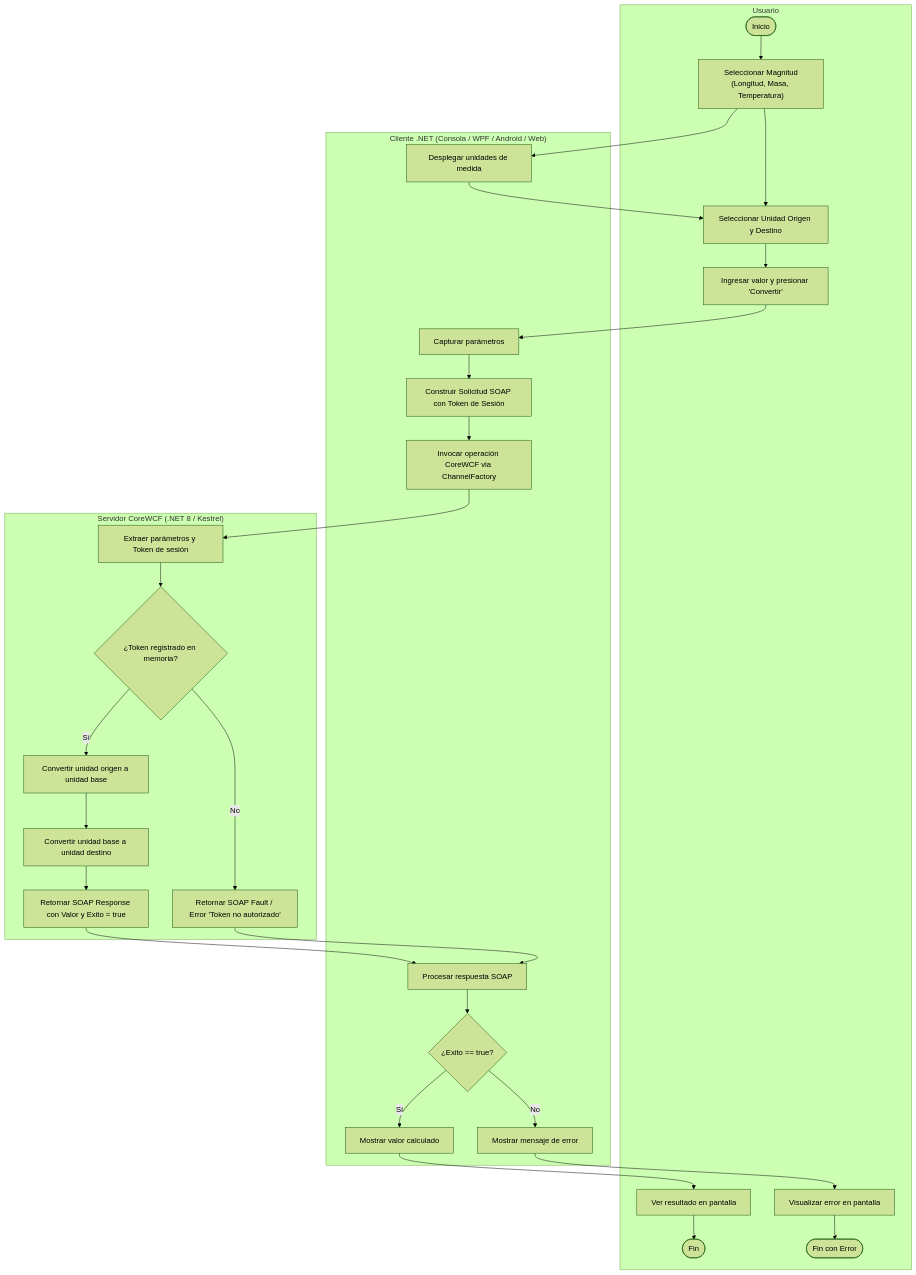
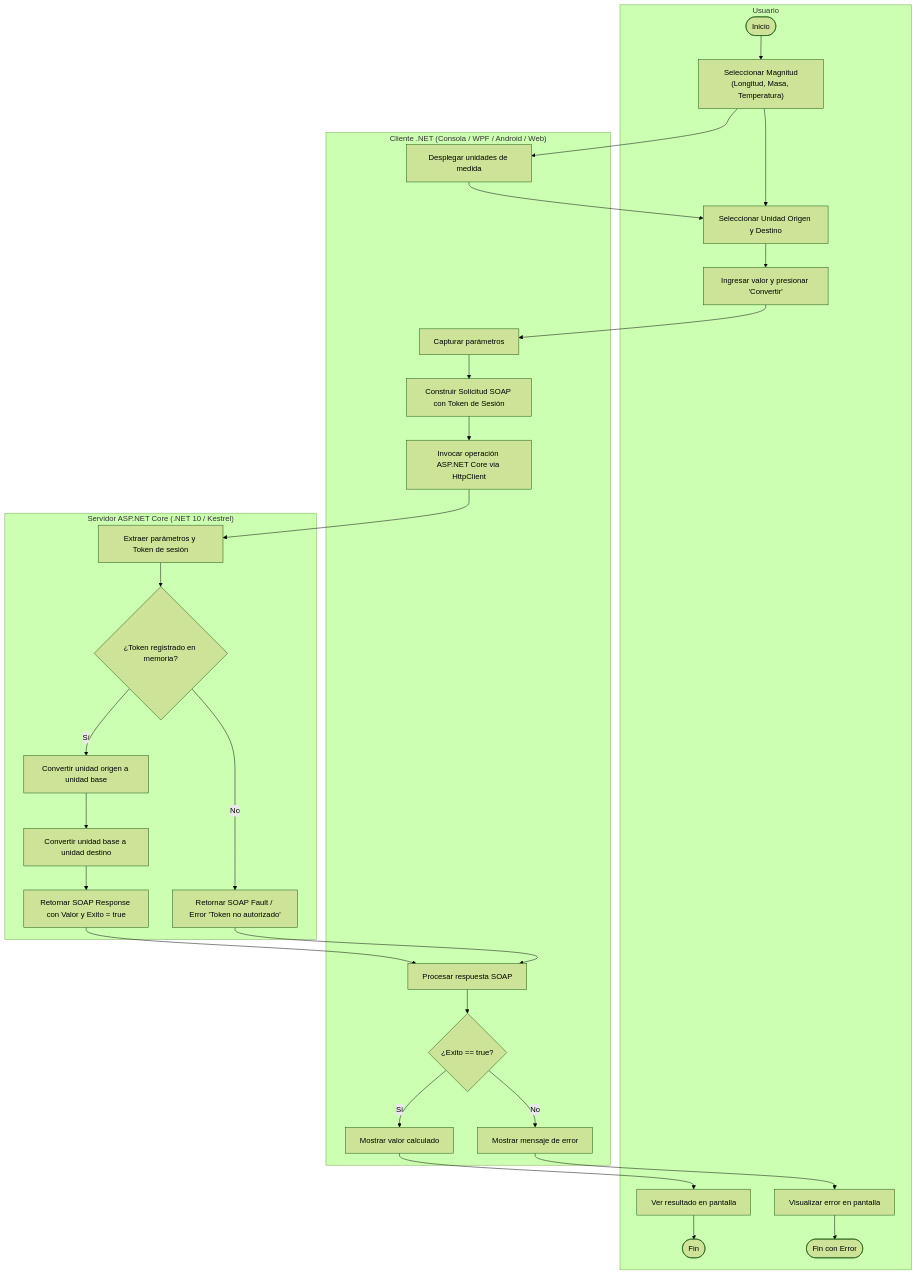
One commit to JulioViche/u1-sw-arch changed the fourth of 7 diagrams in vault/06-projects/ti-1-2-soap-dotnet/diagrams.md. Above: the diagram before and after it, drawn with Mermaid (forest theme). The commit also changed other lines of this file and 18 other files, not shown here.

````diff
--- a/vault/06-projects/ti-1-2-soap-dotnet/diagrams.md
+++ b/vault/06-projects/ti-1-2-soap-dotnet/diagrams.md
@@ -114,34 +114,34 @@
 ```mermaid
 flowchart TD
     subgraph LaneUser ["Usuario"]
         C1([Inicio]) --> C2["Seleccionar Magnitud<br/>(Longitud, Masa, Temperatura)"]
         C2 --> C3["Seleccionar Unidad Origen y Destino"]
         C3 --> C4["Ingresar valor y presionar 'Convertir'"]
         C11["Ver resultado en pantalla"] --> C12([Fin])
         C13["Visualizar error en pantalla"] --> C14([Fin con Error])
     end
 
     subgraph LaneClient ["Cliente .NET (Consola / WPF / Android / Web)"]
         C2 --> D1["Desplegar unidades de medida"]
         D1 --> C3
         C4 --> D2["Capturar parámetros"]
         D2 --> D3["Construir Solicitud SOAP con Token de Sesión"]
-        D3 --> D4["Invocar operación CoreWCF via ChannelFactory"]
+        D3 --> D4["Invocar operación ASP.NET Core via HttpClient"]
         D5["Procesar respuesta SOAP"] --> D6{"¿Exito == true?"}
         D6 -- Sí --> D7["Mostrar valor calculado"]
         D7 --> C11
         D6 -- No --> D8["Mostrar mensaje de error"]
         D8 --> C13
     end
 
-    subgraph LaneServer ["Servidor CoreWCF (.NET 8 / Kestrel)"]
+    subgraph LaneServer ["Servidor ASP.NET Core (.NET 10 / Kestrel)"]
         D4 --> E1["Extraer parámetros y Token de sesión"]
         E1 --> E2{"¿Token registrado en memoria?"}
         E2 -- Sí --> E3["Convertir unidad origen a unidad base"]
         E3 --> E4["Convertir unidad base a unidad destino"]
         E4 --> E5["Retornar SOAP Response con Valor y Exito = true"]
         E2 -- No --> E6["Retornar SOAP Fault / Error 'Token no autorizado'"]
         E5 --> D5
         E6 --> D5
     end
 ```
````
